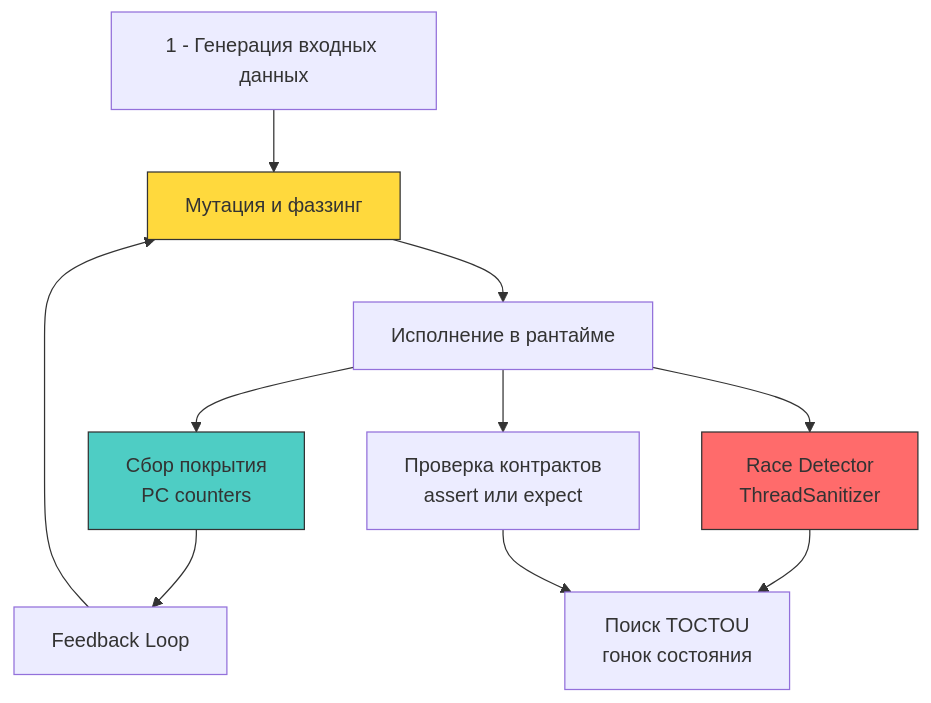
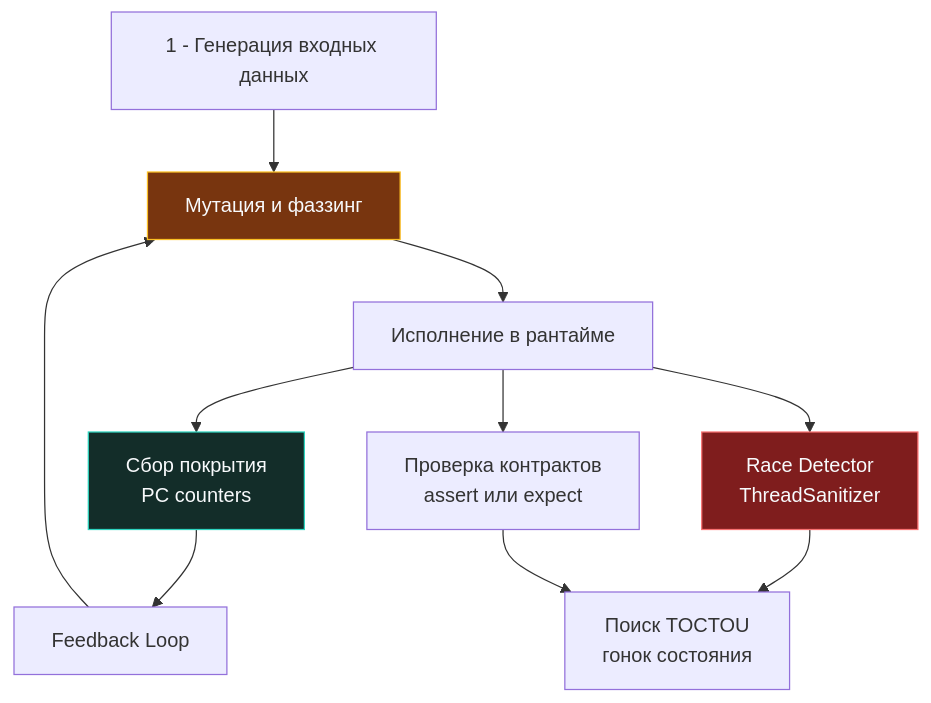
The diagram in sources/17. Безопасность (AppSec в Go)/07. Практика/1. Security testing.md (UnrealTemplier/go-textbook), drawn with Mermaid before and after one commit. The commit also changed 310 other files, not shown here.

First line of the commit message:
fix(mermaid): replace light fill colors with dark palette for readability on dark theme

````diff
--- a/sources/17. Безопасность (AppSec в Go)/07. Практика/1. Security testing.md
+++ b/sources/17. Безопасность (AppSec в Go)/07. Практика/1. Security testing.md
@@ -9,16 +9,16 @@
 ```mermaid
 flowchart TD
     A["1 - Генерация входных данных"] --> B["Мутация и фаззинг"]
     B --> C["Исполнение в рантайме"]
     C --> D["Сбор покрытия<br>PC counters"]
     D --> E["Feedback Loop"]
     E --> B
     C --> F["Race Detector<br>ThreadSanitizer"]
     C --> G["Проверка контрактов<br>assert или expect"]
     F --> H["Поиск TOCTOU<br>гонок состояния"]
     G --> H
     
-    style B fill:#ffd93d,stroke:#333
-    style F fill:#ff6b6b,stroke:#333
-    style D fill:#4ecdc4,stroke:#333
+    style B fill:#78350f,stroke:#fbbf24,color:#f8fafc
+    style F fill:#7f1d1d,stroke:#f87171,color:#f8fafc
+    style D fill:#132d29,stroke:#2dd4bf,color:#f8fafc
 ```
````
